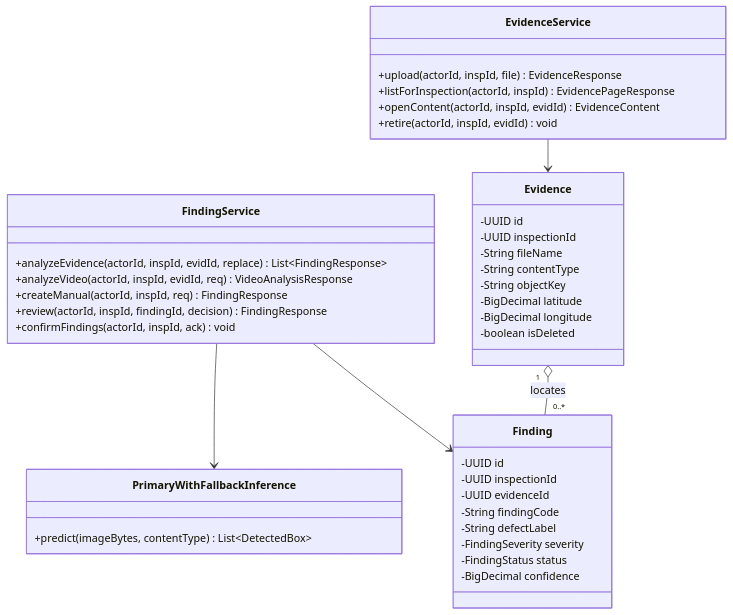
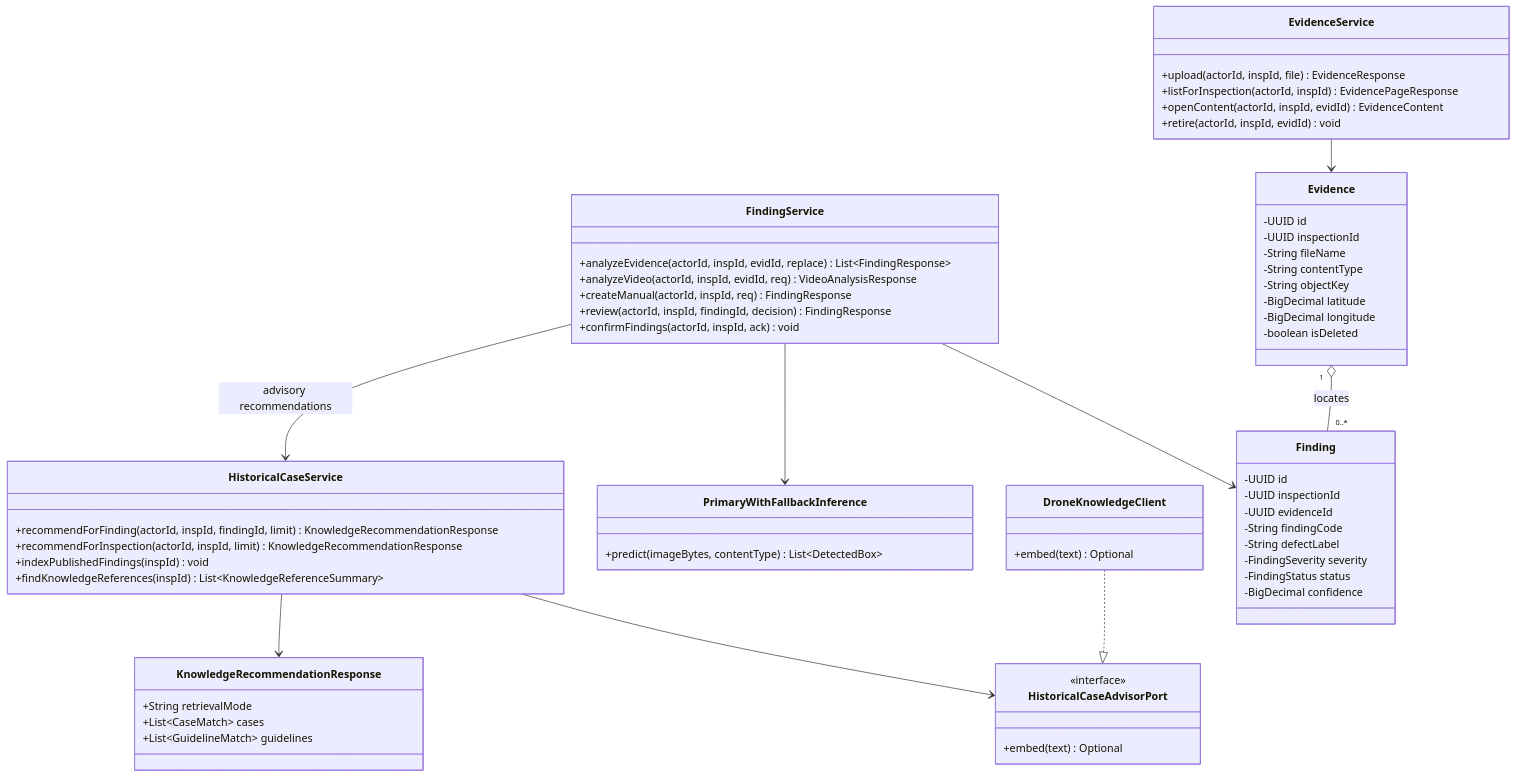
Before and after one commit to tungbach12/SmartDroneInspection-Docs: diagram 16 of 21 in reports/report-4-software-design-document/03-detailed-design.md, drawn with Mermaid. The commit also changed other lines of this file and 121 other files, not shown here.

Commit message:
docs(reports): synchronize Reports 1-7, Report 7 expansion, and DroneKnowledgeAI specs

````diff
--- a/reports/report-4-software-design-document/03-detailed-design.md
+++ b/reports/report-4-software-design-document/03-detailed-design.md
@@ -844,44 +844,66 @@
 ```mermaid
 %% title: FE-06 Evidence Intake and Human-Reviewed Defect Detection Class Diagram
 classDiagram
   class EvidenceService {
     +upload(actorId, inspId, file) EvidenceResponse
     +listForInspection(actorId, inspId) EvidencePageResponse
     +openContent(actorId, inspId, evidId) EvidenceContent
     +retire(actorId, inspId, evidId) void
   }
   class FindingService {
     +analyzeEvidence(actorId, inspId, evidId, replace) List~FindingResponse~
     +analyzeVideo(actorId, inspId, evidId, req) VideoAnalysisResponse
     +createManual(actorId, inspId, req) FindingResponse
     +review(actorId, inspId, findingId, decision) FindingResponse
     +confirmFindings(actorId, inspId, ack) void
   }
   class PrimaryWithFallbackInference {
     +predict(imageBytes, contentType) List~DetectedBox~
+  }
+  class HistoricalCaseService {
+    +recommendForFinding(actorId, inspId, findingId, limit) KnowledgeRecommendationResponse
+    +recommendForInspection(actorId, inspId, limit) KnowledgeRecommendationResponse
+    +indexPublishedFindings(inspId) void
+    +findKnowledgeReferences(inspId) List~KnowledgeReferenceSummary~
+  }
+  class HistoricalCaseAdvisorPort {
+    <<interface>>
+    +embed(text) Optional
+  }
+  class DroneKnowledgeClient {
+    +embed(text) Optional
+  }
+  class KnowledgeRecommendationResponse {
+    +String retrievalMode
+    +List~CaseMatch~ cases
+    +List~GuidelineMatch~ guidelines
   }
   class Evidence {
     -UUID id
     -UUID inspectionId
     -String fileName
     -String contentType
     -String objectKey
     -BigDecimal latitude
     -BigDecimal longitude
     -boolean isDeleted
   }
   class Finding {
     -UUID id
     -UUID inspectionId
     -UUID evidenceId
     -String findingCode
     -String defectLabel
     -FindingSeverity severity
     -FindingStatus status
     -BigDecimal confidence
   }
   EvidenceService --> Evidence
   FindingService --> Finding
   FindingService --> PrimaryWithFallbackInference
+  FindingService --> HistoricalCaseService : advisory recommendations
+  HistoricalCaseService --> HistoricalCaseAdvisorPort
+  DroneKnowledgeClient ..|> HistoricalCaseAdvisorPort
+  HistoricalCaseService --> KnowledgeRecommendationResponse
   Evidence "1" o-- "0..*" Finding : locates
 ```
````
